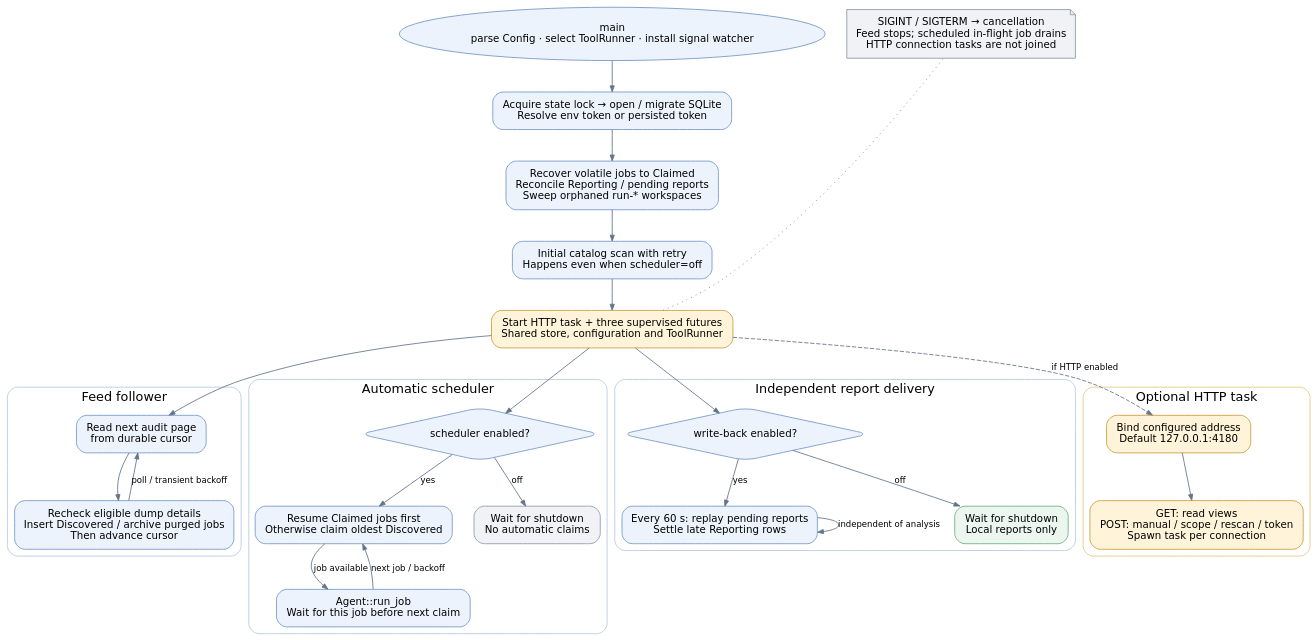
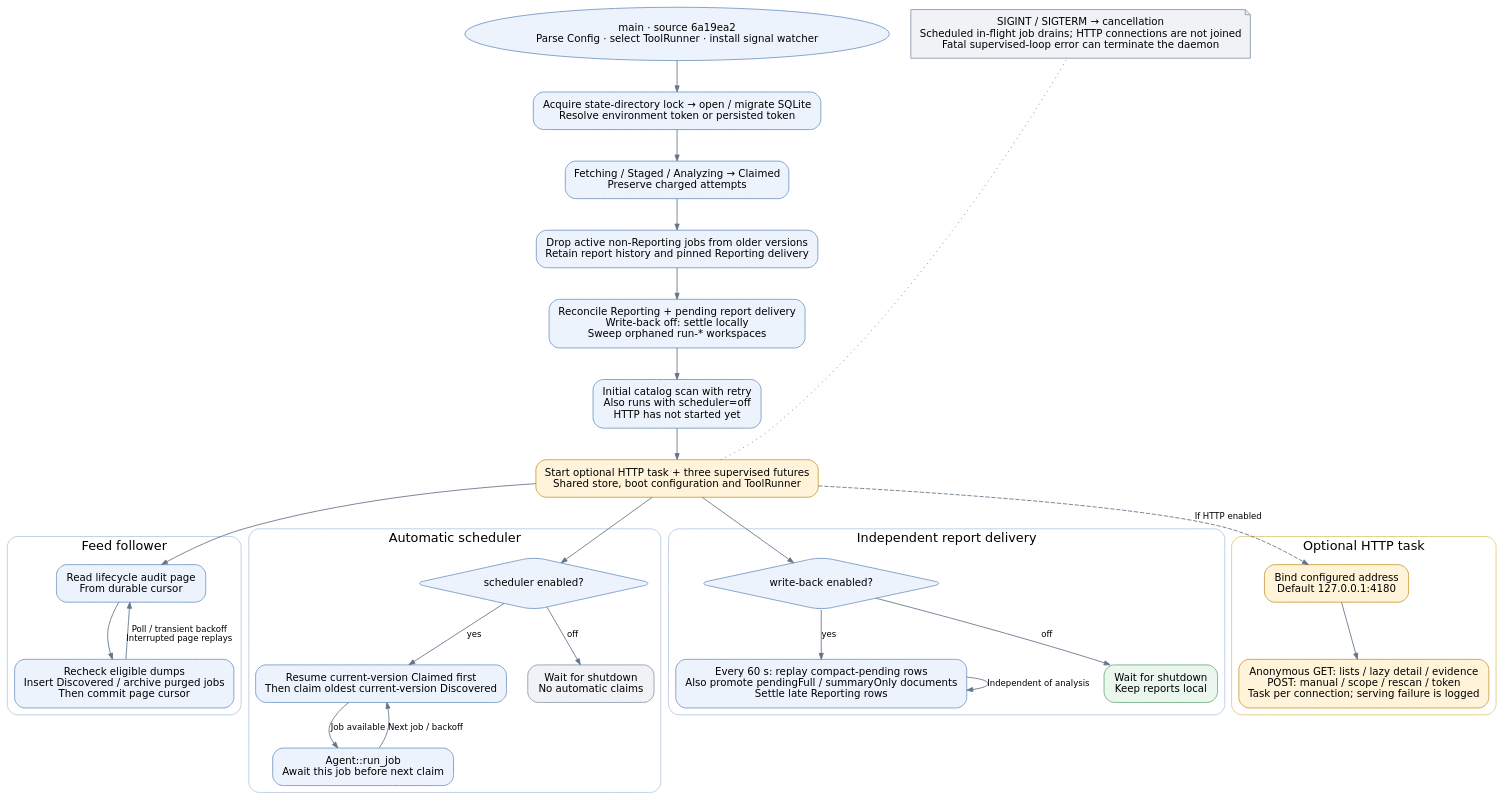
One commit to NzSN/DumpAnalyzer changed the diagram in docs/architecture/daemon-control.dot. Above: the diagram before and after it, drawn with Graphviz. The commit also changed 24 other files, not shown here.

First line of the commit message:
Docs: refresh architecture and guides for current analyzer behavior

```diff
--- a/docs/architecture/daemon-control.dot
+++ b/docs/architecture/daemon-control.dot
@@ -1,50 +1,52 @@
 digraph DaemonControl {
   graph [rankdir=TB, bgcolor="transparent", pad="0.25", nodesep="0.35", ranksep="0.5", fontname="DejaVu Sans", fontsize=15];
   node [shape=box, style="rounded,filled", fillcolor="#edf3fc", color="#7397c5", fontname="DejaVu Sans", fontsize=12, margin="0.16,0.12"];
   edge [color="#63758a", fontname="DejaVu Sans", fontsize=10, arrowsize=0.7];
-  start [label="main\nparse Config · select ToolRunner · install signal watcher", shape=oval];
-  open [label="Acquire state lock → open / migrate SQLite\nResolve env token or persisted token"];
-  recover [label="Recover volatile jobs to Claimed\nReconcile Reporting / pending reports\nSweep orphaned run-* workspaces"];
-  scan [label="Initial catalog scan with retry\nHappens even when scheduler=off"];
-  fork [label="Start HTTP task + three supervised futures\nShared store, configuration and ToolRunner", fillcolor="#fff4d9", color="#c99c39"];
-  start -> open -> recover -> scan -> fork;
+  start [label="main · source 6a19ea2\nParse Config · select ToolRunner · install signal watcher", shape=oval];
+  open [label="Acquire state-directory lock → open / migrate SQLite\nResolve environment token or persisted token"];
+  recover [label="Fetching / Staged / Analyzing → Claimed\nPreserve charged attempts"];
+  retire [label="Drop active non-Reporting jobs from older versions\nRetain report history and pinned Reporting delivery"];
+  reconcile [label="Reconcile Reporting + pending report delivery\nWrite-back off: settle locally\nSweep orphaned run-* workspaces"];
+  scan [label="Initial catalog scan with retry\nAlso runs with scheduler=off\nHTTP has not started yet"];
+  fork [label="Start optional HTTP task + three supervised futures\nShared store, boot configuration and ToolRunner", fillcolor="#fff4d9", color="#c99c39"];
+  start -> open -> recover -> retire -> reconcile -> scan -> fork;
   subgraph cluster_feed {
     label="Feed follower"; color="#b5c9e2"; style=rounded;
-    feed [label="Read next audit page\nfrom durable cursor"];
-    apply [label="Recheck eligible dump details\nInsert Discovered / archive purged jobs\nThen advance cursor"];
+    feed [label="Read lifecycle audit page\nFrom durable cursor"];
+    apply [label="Recheck eligible dumps\nInsert Discovered / archive purged jobs\nThen commit page cursor"];
     feed -> apply;
-    apply -> feed [label="poll / transient backoff"];
+    apply -> feed [label="Poll / transient backoff\nInterrupted page replays"];
   }
   subgraph cluster_scheduler {
     label="Automatic scheduler"; color="#b5c9e2"; style=rounded;
     enabled [label="scheduler enabled?", shape=diamond];
-    claim [label="Resume Claimed jobs first\nOtherwise claim oldest Discovered"];
-    run [label="Agent::run_job\nWait for this job before next claim"];
+    claim [label="Resume current-version Claimed first\nThen claim oldest current-version Discovered"];
+    run [label="Agent::run_job\nAwait this job before next claim"];
     auto_idle [label="Wait for shutdown\nNo automatic claims", fillcolor="#f0f2f5", color="#8a99aa"];
     enabled -> claim [label="yes"];
     enabled -> auto_idle [label="off"];
-    claim -> run [label="job available"];
-    run -> claim [label="next job / backoff"];
+    claim -> run [label="Job available"];
+    run -> claim [label="Next job / backoff"];
   }
   subgraph cluster_delivery {
     label="Independent report delivery"; color="#b5c9e2"; style=rounded;
     wb [label="write-back enabled?", shape=diamond];
-    replay [label="Every 60 s: replay pending reports\nSettle late Reporting rows"];
-    local [label="Wait for shutdown\nLocal reports only", fillcolor="#eaf6ee", color="#6eac81"];
+    replay [label="Every 60 s: replay compact-pending rows\nAlso promote pendingFull / summaryOnly documents\nSettle late Reporting rows"];
+    local [label="Wait for shutdown\nKeep reports local", fillcolor="#eaf6ee", color="#6eac81"];
     wb -> replay [label="yes"];
     wb -> local [label="off"];
-    replay -> replay [label="independent of analysis"];
+    replay -> replay [label="Independent of analysis"];
   }
   subgraph cluster_http {
     label="Optional HTTP task"; color="#e3c77b"; style=rounded;
     listen [label="Bind configured address\nDefault 127.0.0.1:4180", fillcolor="#fff4d9", color="#c99c39"];
-    request [label="GET: read views\nPOST: manual / scope / rescan / token\nSpawn task per connection", fillcolor="#fff4d9", color="#c99c39"];
+    request [label="Anonymous GET: lists / lazy detail / evidence\nPOST: manual / scope / rescan / token\nTask per connection; serving failure is logged", fillcolor="#fff4d9", color="#c99c39"];
     listen -> request;
   }
   fork -> feed;
   fork -> enabled;
   fork -> wb;
-  fork -> listen [label="if HTTP enabled", style=dashed];
-  signal [label="SIGINT / SIGTERM → cancellation\nFeed stops; scheduled in-flight job drains\nHTTP connection tasks are not joined", shape=note, fillcolor="#f0f2f5", color="#8a99aa"];
+  fork -> listen [label="If HTTP enabled", style=dashed];
+  signal [label="SIGINT / SIGTERM → cancellation\nScheduled in-flight job drains; HTTP connections are not joined\nFatal supervised-loop error can terminate the daemon", shape=note, fillcolor="#f0f2f5", color="#8a99aa"];
   fork -> signal [style=dotted, arrowhead=none, constraint=false];
 }
```
